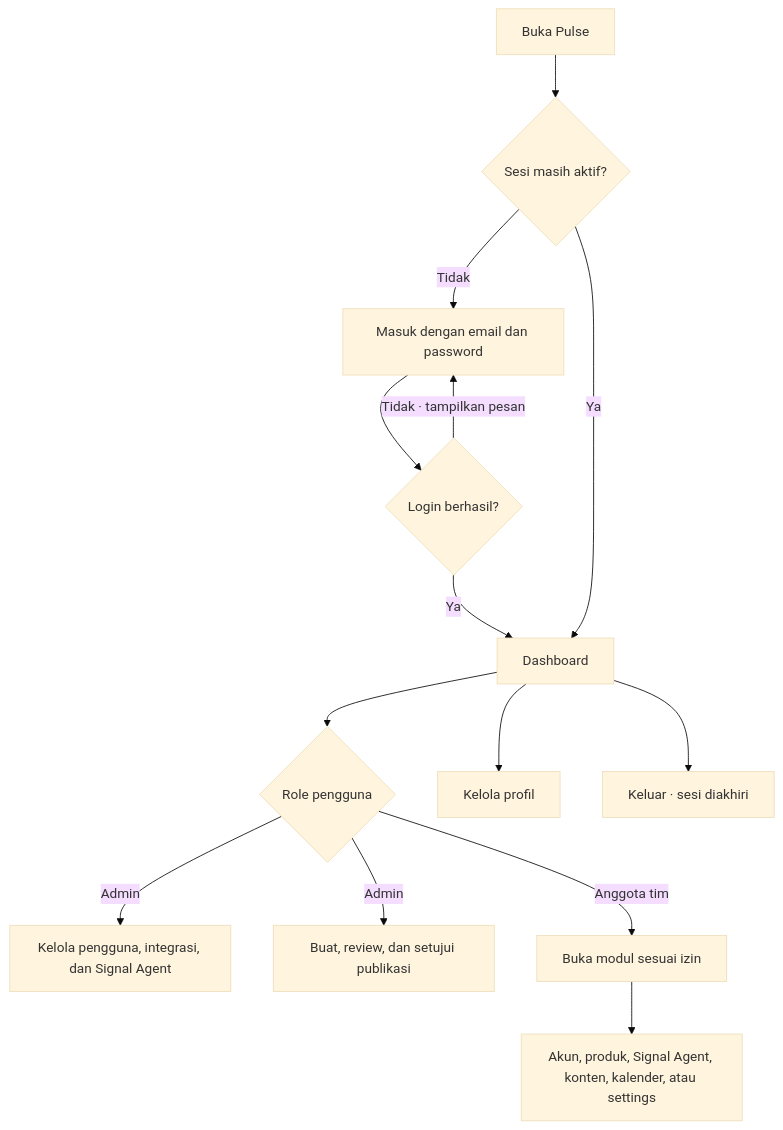
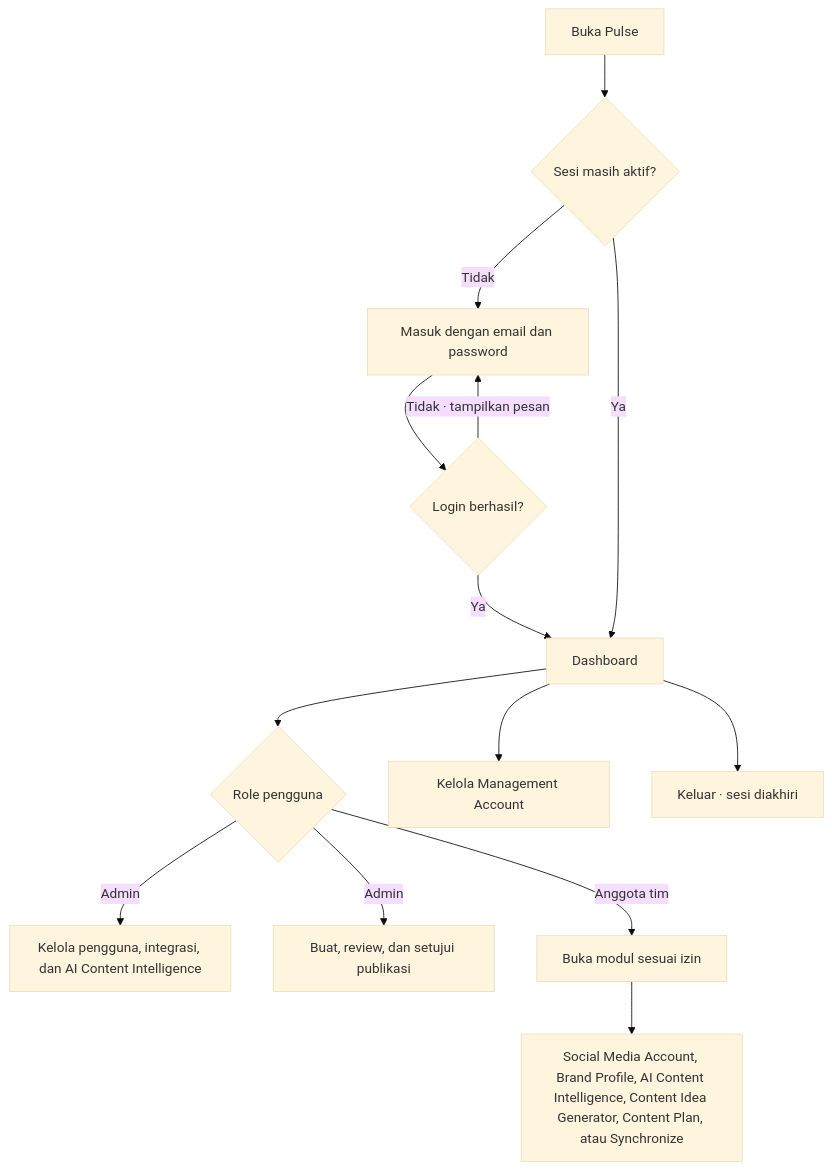
The first of 5 diagrams in README.md (Septiodwi/Pulse-AI), drawn with Mermaid (base theme) before and after one commit. The commit also changed other lines of this file and 17 other files, not shown here.

````diff
--- a/README.md
+++ b/README.md
@@ -55,16 +55,16 @@
 ```mermaid
 flowchart TD
     Open["Buka Pulse"] --> Session{"Sesi masih aktif?"}
     Session -->|"Tidak"| Login["Masuk dengan email dan password"]
     Login --> Valid{"Login berhasil?"}
     Valid -->|"Tidak · tampilkan pesan"| Login
     Valid -->|"Ya"| Dashboard["Dashboard"]
     Session -->|"Ya"| Dashboard
     Dashboard --> Role{"Role pengguna"}
-    Role -->|"Admin"| Admin["Kelola pengguna, integrasi, dan Signal Agent"]
+    Role -->|"Admin"| Admin["Kelola pengguna, integrasi, dan AI Content Intelligence"]
     Role -->|"Admin"| Publish["Buat, review, dan setujui publikasi"]
     Role -->|"Anggota tim"| Member["Buka modul sesuai izin"]
-    Member --> Modules["Akun, produk, Signal Agent, konten, kalender, atau settings"]
-    Dashboard --> Profile["Kelola profil"]
+    Member --> Modules["Social Media Account, Brand Profile, AI Content Intelligence, Content Idea Generator, Content Plan, atau Synchronize"]
+    Dashboard --> Profile["Kelola Management Account"]
     Dashboard --> Logout["Keluar · sesi diakhiri"]
 ```
````
